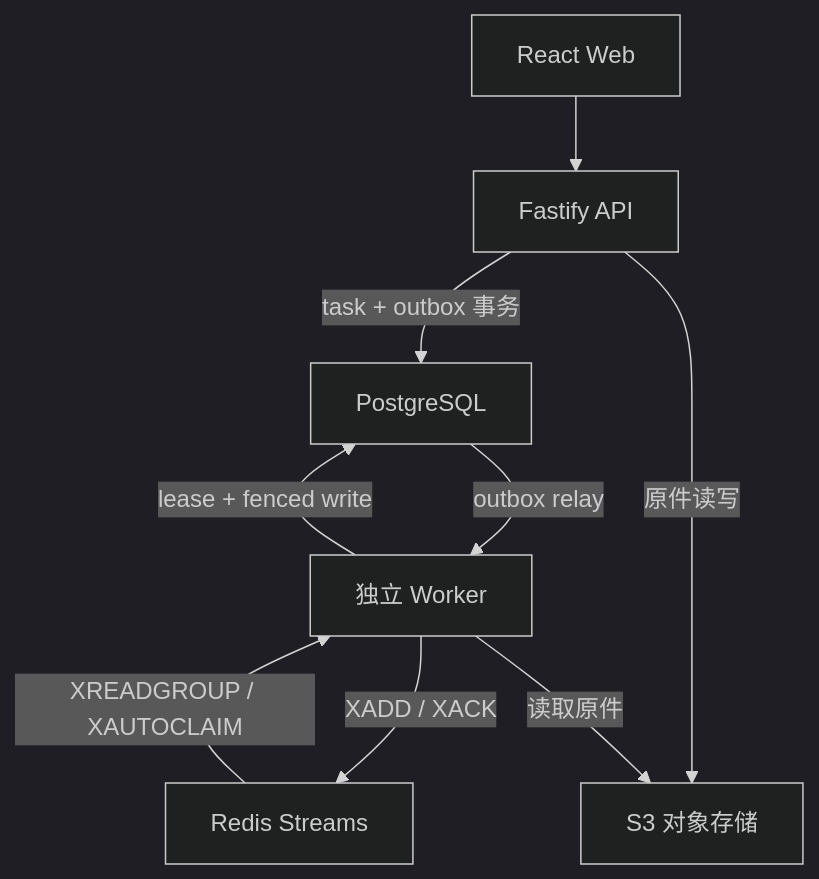
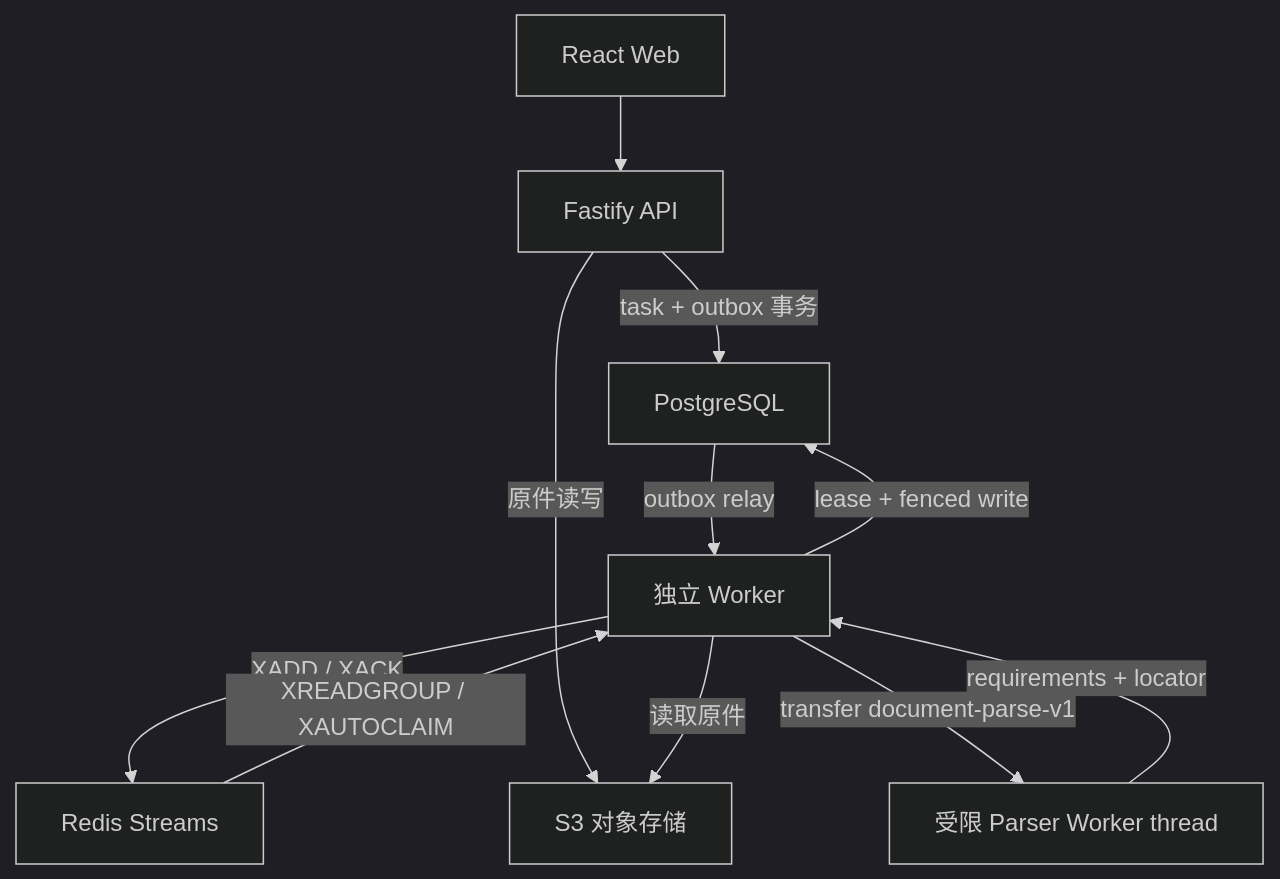
One commit to JustinQP/AiBidV3 changed the first of 2 diagrams in docs/MVP_TECHNICAL_DESIGN.md. Above: the diagram before and after it, drawn with Mermaid (dark theme). The commit also changed other lines of this file and 57 other files, not shown here.

First line of the commit message:
feat: add real digital document parser and versioned evidence

````diff
--- a/docs/MVP_TECHNICAL_DESIGN.md
+++ b/docs/MVP_TECHNICAL_DESIGN.md
@@ -69,11 +72,13 @@
 ```mermaid
 flowchart TD
     UI["React Web"] --> API["Fastify API"]
     API -->|"task + outbox 事务"| PG["PostgreSQL"]
     API -->|"原件读写"| S3["S3 对象存储"]
     PG -->|"outbox relay"| WORKER["独立 Worker"]
     WORKER -->|"XADD / XACK"| REDIS["Redis Streams"]
     REDIS -->|"XREADGROUP / XAUTOCLAIM"| WORKER
     WORKER -->|"lease + fenced write"| PG
     WORKER -->|"读取原件"| S3
+    WORKER -->|"transfer document-parse-v1"| PARSER["受限 Parser Worker thread"]
+    PARSER -->|"requirements + locator"| WORKER
 ```
````
